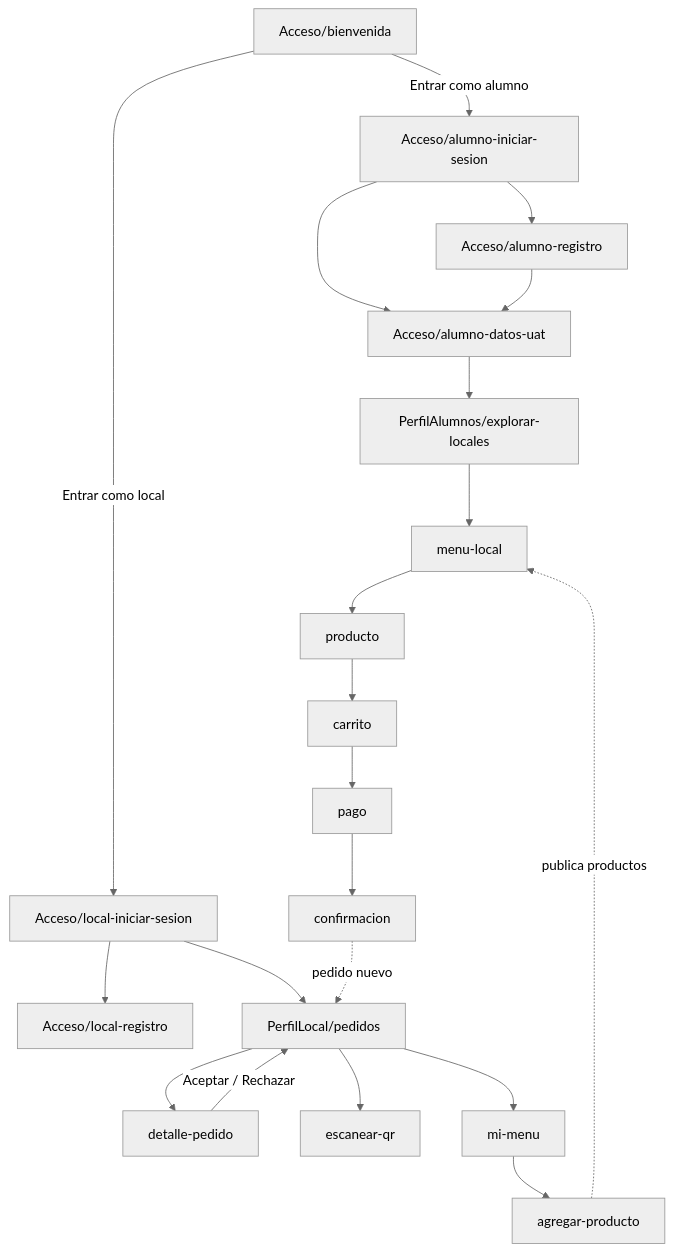
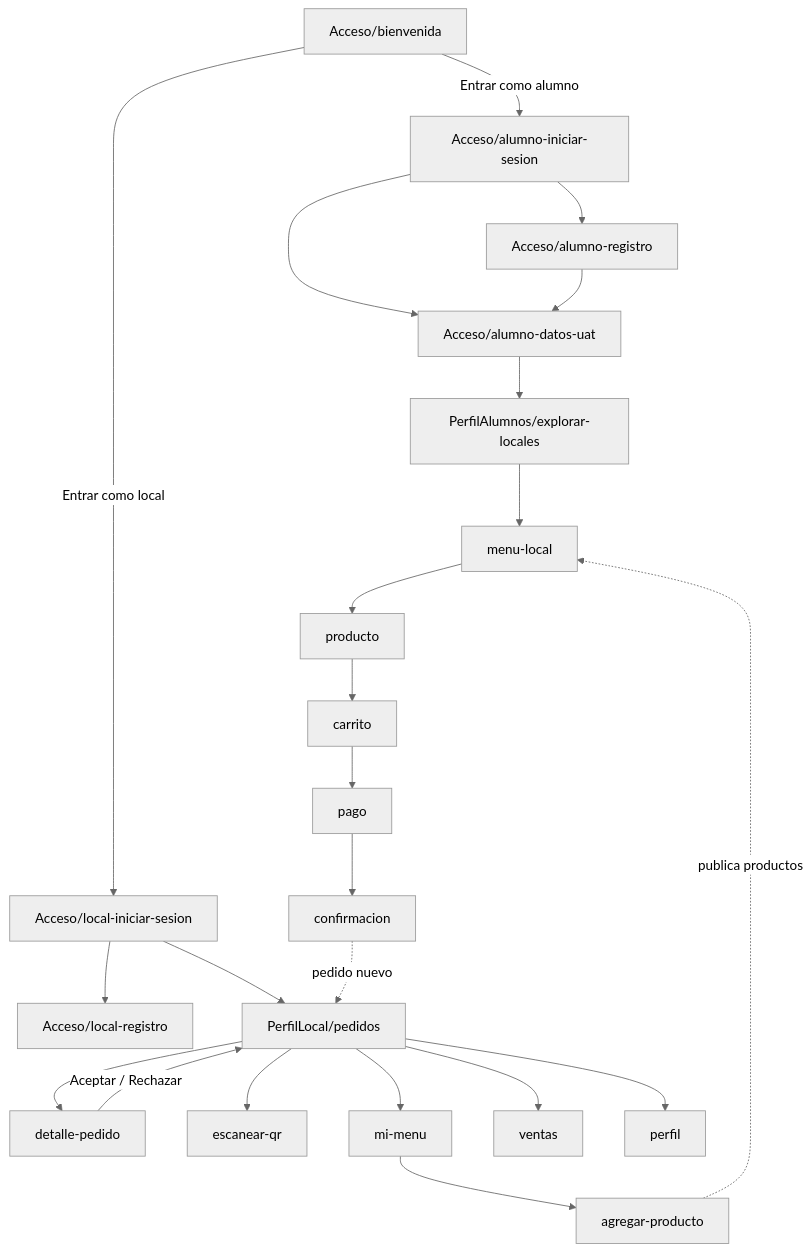
One commit to jefth1/Pick-Up-UAT changed the diagram in docs/diagrama.md. Above: the diagram before and after it, drawn with Mermaid (neutral theme). The commit also changed other lines of this file and 30 other files, not shown here.

````diff
--- a/docs/diagrama.md
+++ b/docs/diagrama.md
@@ -5,21 +5,23 @@
 ```mermaid
 flowchart TD
   B[Acceso/bienvenida] -->|Entrar como alumno| AS[Acceso/alumno-iniciar-sesion]
   AS --> AR[Acceso/alumno-registro]
   AS --> D[Acceso/alumno-datos-uat]
   AR --> D
   B -->|Entrar como local| LS[Acceso/local-iniciar-sesion]
   LS --> LR[Acceso/local-registro]
 
   D --> E[PerfilAlumnos/explorar-locales]
   E --> M[menu-local] --> P[producto] --> C[carrito] --> PG[pago] --> CF[confirmacion]
 
   LS --> PD[PerfilLocal/pedidos]
   PD --> DP[detalle-pedido]
   DP -->|Aceptar / Rechazar| PD
   PD --> QR[escanear-qr]
   PD --> MM[mi-menu] --> AP[agregar-producto]
+  PD --> V[ventas]
+  PD --> PF[perfil]
 
   AP -. publica productos .-> M
   CF -. pedido nuevo .-> PD
 ```
````
